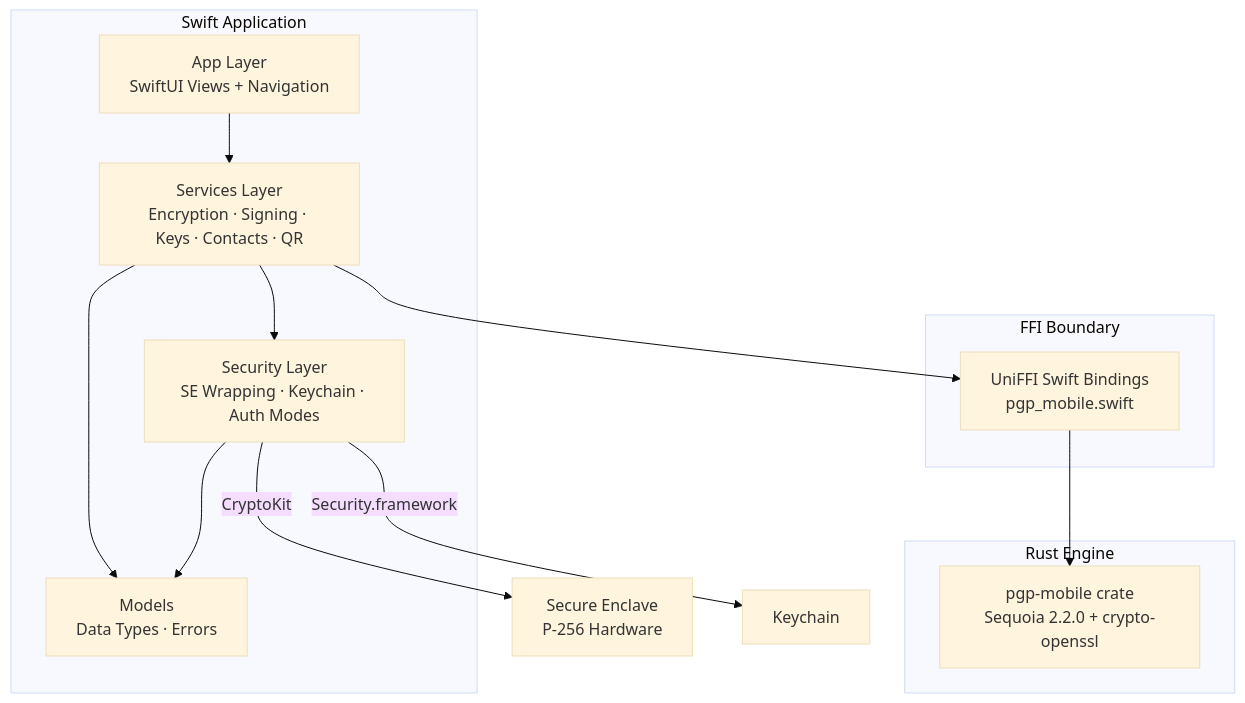
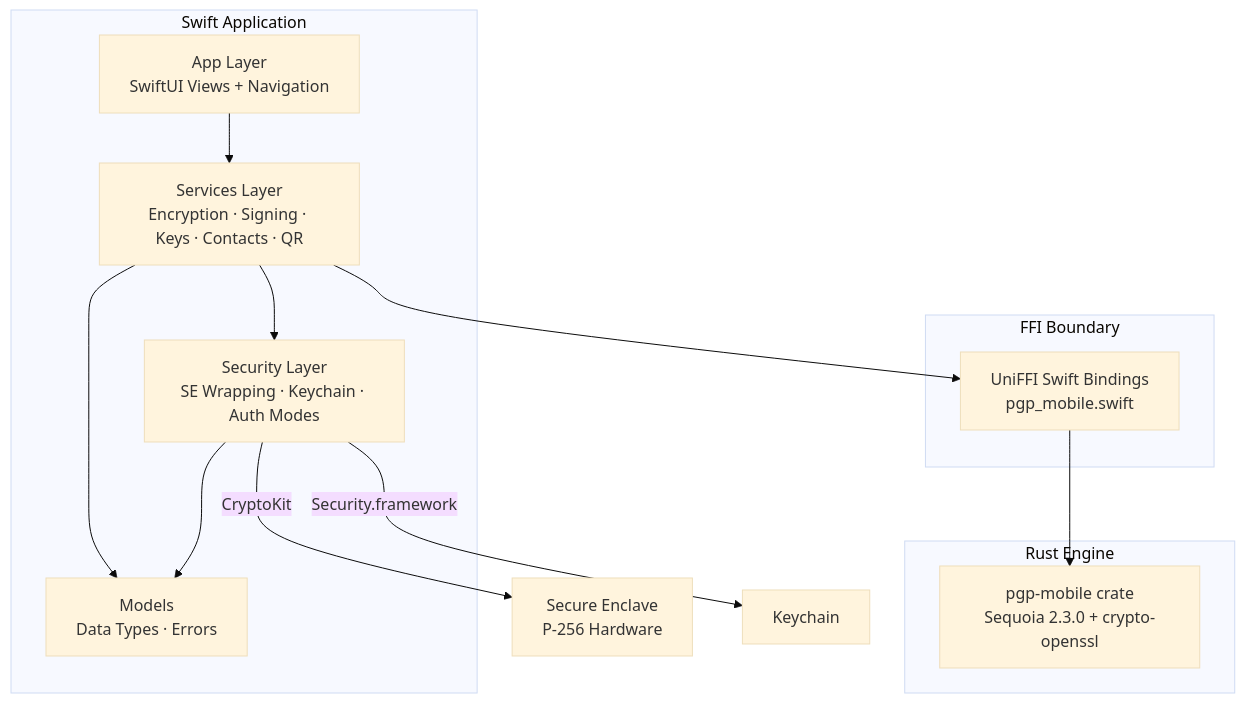
One commit to cypherair/cypherair changed the first of 7 diagrams in docs/ARCHITECTURE.md. Above: the diagram before and after it, drawn with Mermaid (base theme). The commit also changed other lines of this file and 6 other files, not shown here.

````diff
--- a/docs/ARCHITECTURE.md
+++ b/docs/ARCHITECTURE.md
@@ -10,26 +10,26 @@
 ```mermaid
 graph TB
     subgraph "Swift Application"
         UI["App Layer<br/>SwiftUI Views + Navigation"]
         SVC["Services Layer<br/>Encryption · Signing · Keys · Contacts · QR"]
         SEC["Security Layer<br/>SE Wrapping · Keychain · Auth Modes"]
         MOD["Models<br/>Data Types · Errors"]
     end
 
     subgraph "FFI Boundary"
         BIND["UniFFI Swift Bindings<br/>pgp_mobile.swift"]
     end
 
     subgraph "Rust Engine"
-        PGP["pgp-mobile crate<br/>Sequoia 2.2.0 + crypto-openssl"]
+        PGP["pgp-mobile crate<br/>Sequoia 2.3.0 + crypto-openssl"]
     end
 
     UI --> SVC
     SVC --> SEC
     SVC --> BIND
     SEC --> |CryptoKit| SE["Secure Enclave<br/>P-256 Hardware"]
     SEC --> |Security.framework| KC["Keychain"]
     BIND --> PGP
     SVC --> MOD
     SEC --> MOD
 ```
````
